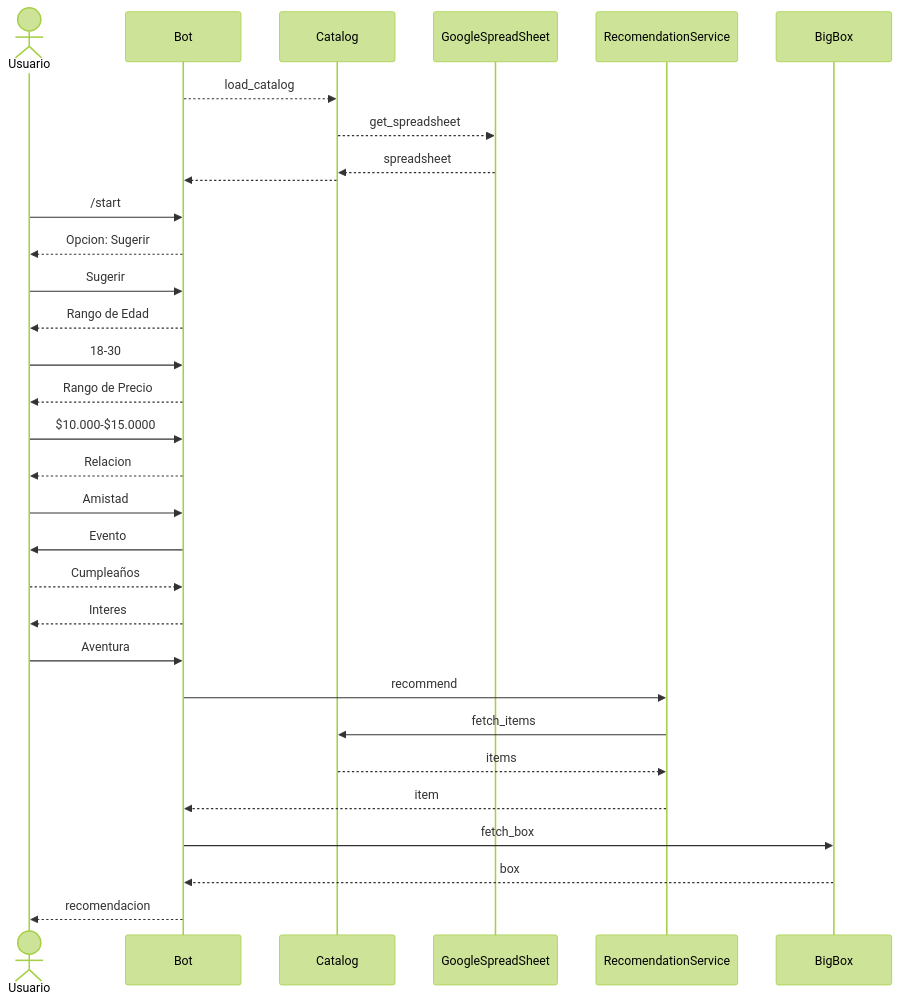
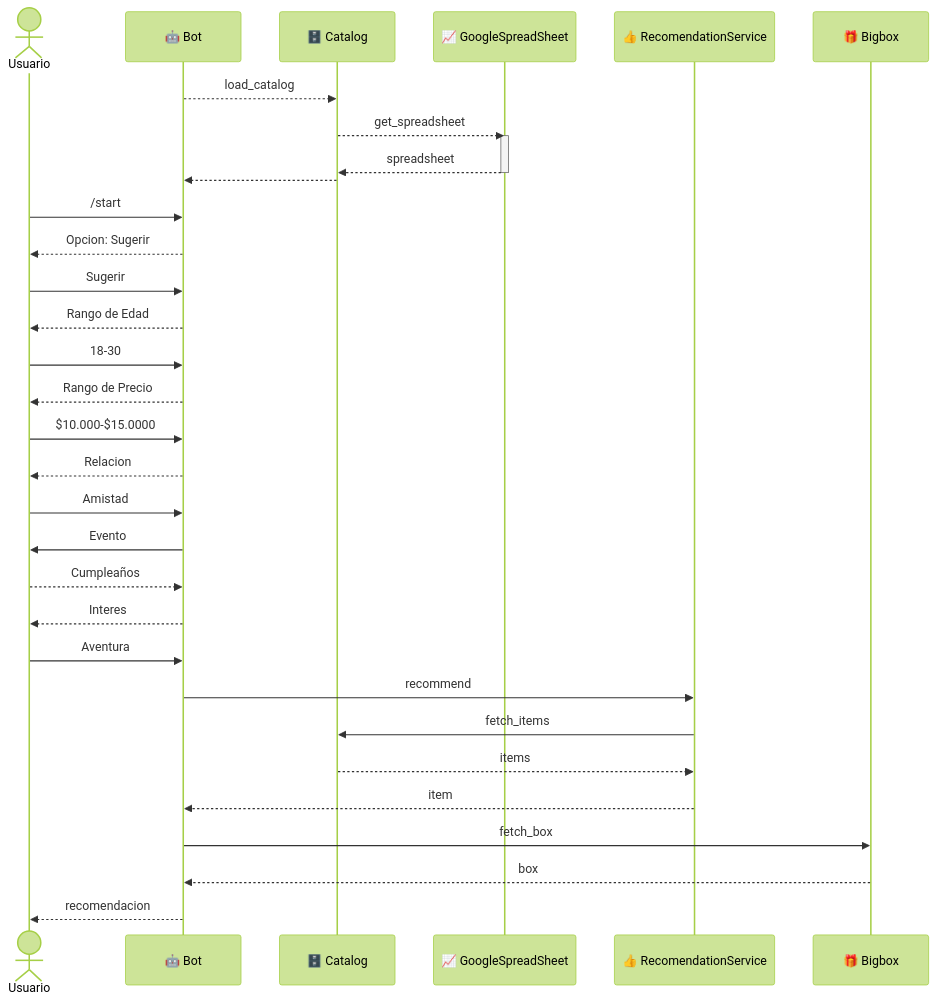
The second of 2 diagrams in README.md (aleschenk/nova-regalo-bot), drawn with Mermaid (forest theme) before and after one commit. The commit also changed other lines of this file, not shown here.

````diff
--- a/README.md
+++ b/README.md
@@ -37,44 +40,47 @@
 ```mermaid
 sequenceDiagram
     actor Usuario
-    participant Bot
-    participant Catalog
-    participant GoogleSpreadSheet
+    participant Bot as 🤖 Bot
+    participant Catalog as 🗄️ Catalog
+    participant GoogleSpreadSheet as 📈 GoogleSpreadSheet
+    participant RecomendationService as 👍 RecomendationService
+    participant BigBox as 🎁 Bigbox
 
     Bot-->>Catalog: load_catalog
     Catalog-->>GoogleSpreadSheet: get_spreadsheet
-
+    activate GoogleSpreadSheet
     GoogleSpreadSheet-->>Catalog: spreadsheet
+    deactivate GoogleSpreadSheet
     Catalog-->>Bot: 
 
     Usuario->>Bot: /start
 
     Bot-->>Usuario: Opcion: Sugerir
     Usuario->>Bot: Sugerir
 
     Bot-->>Usuario: Rango de Edad
     Usuario->>Bot: 18-30
     
     Bot-->>Usuario: Rango de Precio
     Usuario->>Bot: $10.000-$15.0000
 
     Bot-->>Usuario: Relacion
     Usuario->>Bot: Amistad
 
     Bot->>Usuario: Evento
     Usuario-->>Bot: Cumpleaños
 
     Bot-->>Usuario: Interes
     Usuario->>Bot: Aventura
 
     Bot->>RecomendationService: recommend
     RecomendationService->>Catalog: fetch_items
     Catalog-->>RecomendationService: items
 
     RecomendationService-->>Bot: item
 
     Bot->>BigBox: fetch_box
     BigBox-->>Bot: box
 
     Bot-->>Usuario: recomendacion
 ```
````
